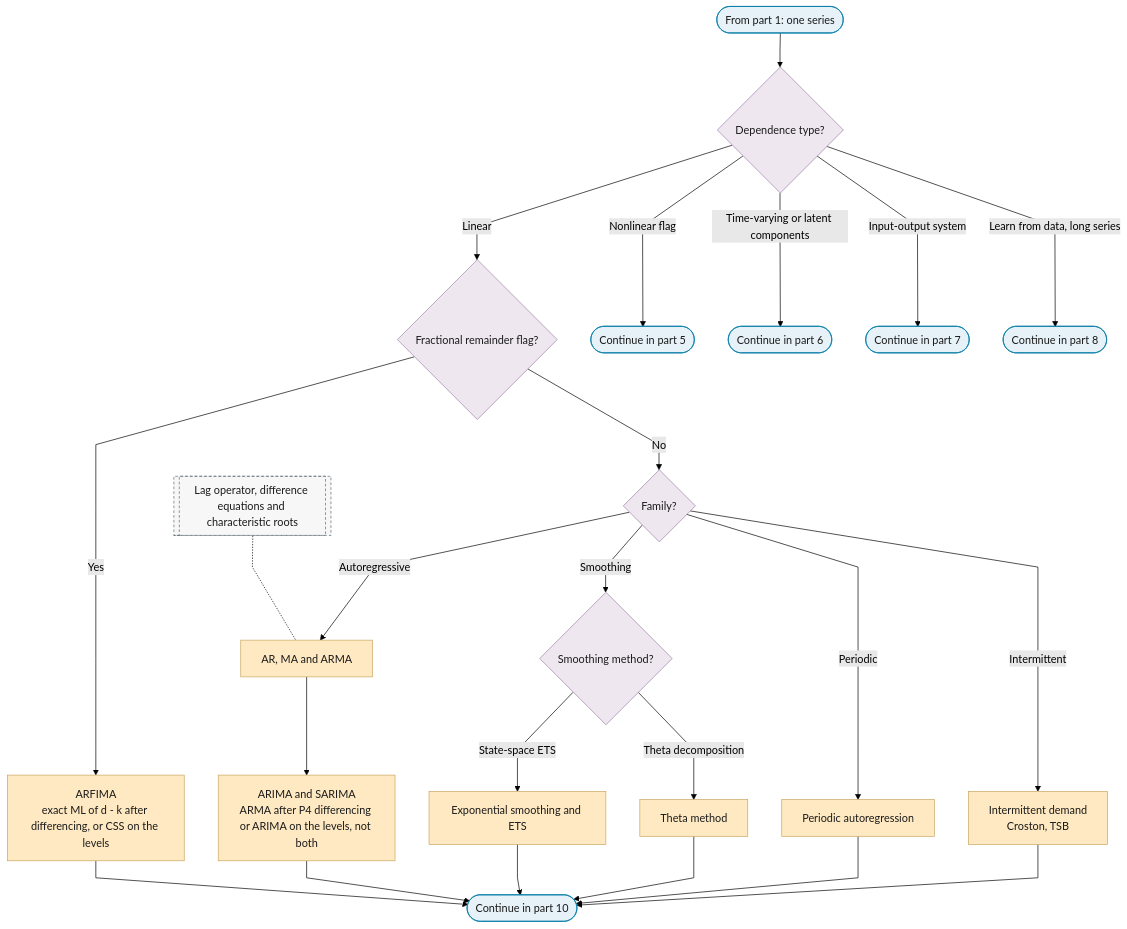
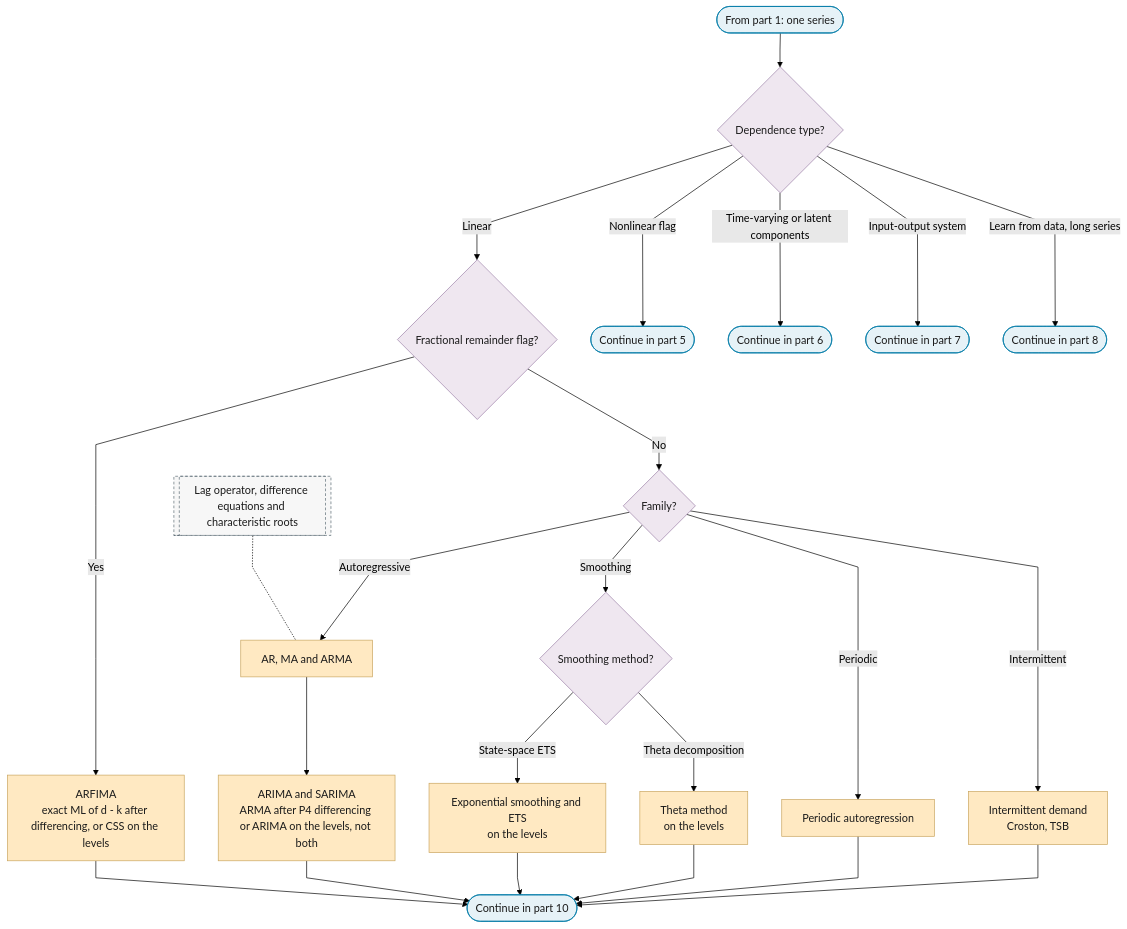
Before and after one commit to Shuxin-Y/time-series-analysis-manual: the fourth of 10 diagrams in docs/01-workflow/p06-mean-model-class.md, drawn with Mermaid (forest theme). The commit also changed other lines of this file and 6 other files, not shown here.

````diff
--- a/docs/01-workflow/p06-mean-model-class.md
+++ b/docs/01-workflow/p06-mean-model-class.md
@@ -100,34 +100,34 @@
 ```mermaid
 %%{init: {"flowchart": {"curve": "linear"}}}%%
 graph TD
     P6_PART_4_IN(["From part 1: one series"]) --> P6_DEPENDENCE{"Dependence type?"}
     P6_DEPENDENCE -->|"Linear"| P6_LINEAR{"Fractional remainder flag?"}
     P6_DEPENDENCE -->|"Nonlinear flag"| P6_TO_PART_5(["Continue in part 5"])
     P6_DEPENDENCE -->|"Time-varying or latent components"| P6_TO_PART_6(["Continue in part 6"])
     P6_DEPENDENCE -->|"Input-output system"| P6_TO_PART_7(["Continue in part 7"])
     P6_DEPENDENCE -->|"Learn from data, long series"| P6_PART_4_TO_PART_8(["Continue in part 8"])
     P6_LINEAR -->|"Yes"| P6_ARFIMA["ARFIMA<br/>exact ML of d - k after differencing, or CSS on the levels"]
     P6_LINEAR -->|"No"| P6_LINEAR_FAMILY{"Family?"}
     P6_LINEAR_FAMILY -->|"Autoregressive"| P6_AR_MA_ARMA["AR, MA and ARMA"]
     P6_LINEAR_FAMILY -->|"Smoothing"| P6_SMOOTHING{"Smoothing method?"}
     P6_LINEAR_FAMILY -->|"Periodic"| P6_PERIODIC_AR["Periodic autoregression"]
     P6_LINEAR_FAMILY -->|"Intermittent"| P6_INTERMITTENT["Intermittent demand<br/>Croston, TSB"]
-    P6_SMOOTHING -->|"State-space ETS"| P6_ETS["Exponential smoothing and ETS"]
-    P6_SMOOTHING -->|"Theta decomposition"| P6_THETA["Theta method"]
+    P6_SMOOTHING -->|"State-space ETS"| P6_ETS["Exponential smoothing and ETS<br/>on the levels"]
+    P6_SMOOTHING -->|"Theta decomposition"| P6_THETA["Theta method<br/>on the levels"]
     P6_AR_MA_ARMA --> P6_ARIMA_SARIMA["ARIMA and SARIMA<br/>ARMA after P4 differencing or ARIMA on the levels, not both"]
     P6_ARFIMA & P6_ARIMA_SARIMA & P6_ETS --> P6_PART_4_OUT
     P6_THETA & P6_PERIODIC_AR & P6_INTERMITTENT --> P6_PART_4_OUT(["Continue in part 10"])
     F_LAG_OPERATOR[["Lag operator, difference equations and characteristic roots"]] -.- P6_AR_MA_ARMA
     class P6_ARFIMA,P6_AR_MA_ARMA,P6_PERIODIC_AR,P6_INTERMITTENT,P6_ETS,P6_THETA,P6_ARIMA_SARIMA escalate
     class P6_PART_4_IN,P6_TO_PART_5,P6_TO_PART_6,P6_TO_PART_7,P6_PART_4_TO_PART_8,P6_PART_4_OUT terminator
     class P6_DEPENDENCE,P6_LINEAR,P6_LINEAR_FAMILY,P6_SMOOTHING decision
     class F_LAG_OPERATOR ref
     classDef terminator fill:#E6F2F7,stroke:#007BA7,color:#1A1A1A;
     classDef process fill:#FFFFFF,stroke:#5A6B73,color:#1A1A1A;
     classDef decision fill:#EFE7F0,stroke:#9B7FA7,color:#1A1A1A;
     classDef data fill:#FFF4E0,stroke:#C9A55E,color:#1A1A1A;
     classDef good fill:#DCEFD8,stroke:#4A7A3F,color:#1A1A1A;
     classDef escalate fill:#FFE9C2,stroke:#C9A55E,color:#1A1A1A;
     classDef problem fill:#F2D9DE,stroke:#800020,color:#1A1A1A;
     classDef ref fill:#F7F7F7,stroke:#5A6B73,color:#1A1A1A,stroke-dasharray:4 3;
 ```
````
